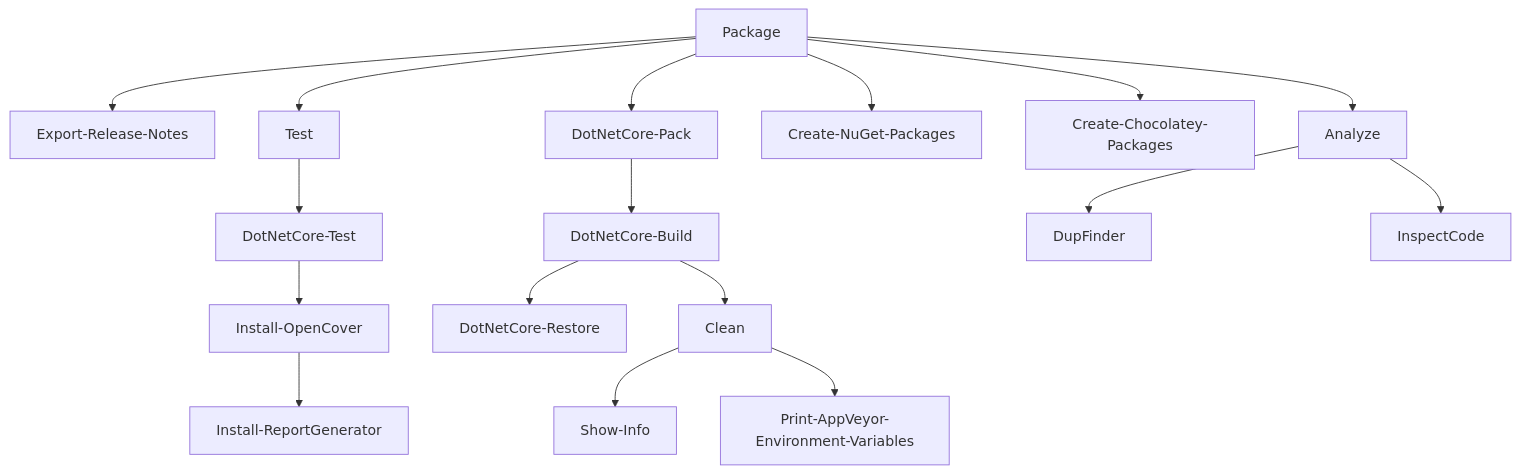
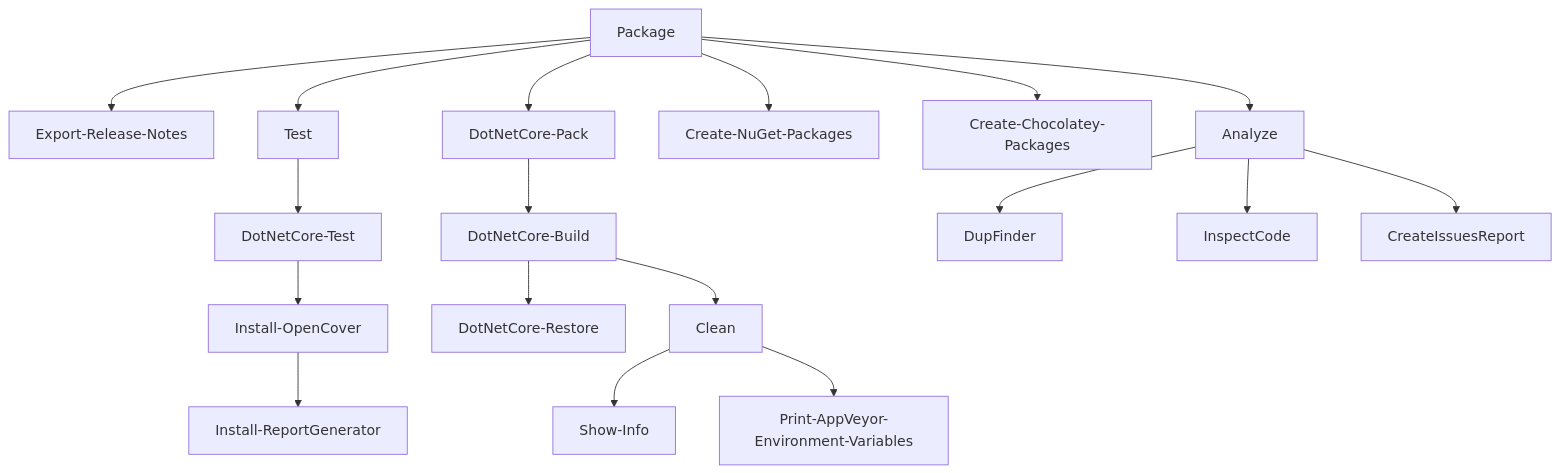
One commit to michalkowal/Cake.MkDocs changed the diagram in docs/input/tasks/Package.md. Above: the diagram before and after it, drawn with Mermaid. The commit also changed 25 other files, not shown here.

```diff
--- a/docs/input/tasks/Package.md
+++ b/docs/input/tasks/Package.md
@@ -1,19 +1,20 @@
 <div class="mermaid">
 graph TD;
 Package-->Export-Release-Notes;
 Package-->Analyze;
 Package-->Test;
 Package-->Create-NuGet-Packages;
 Package-->Create-Chocolatey-Packages;
 Package-->DotNetCore-Pack;
 DotNetCore-Pack-->DotNetCore-Build;
 DotNetCore-Build-->Clean;
 DotNetCore-Build-->DotNetCore-Restore;
 Clean-->Show-Info;
 Clean-->Print-AppVeyor-Environment-Variables;
 Test-->DotNetCore-Test;
 DotNetCore-Test-->Install-OpenCover;
 Install-OpenCover-->Install-ReportGenerator;
 Analyze-->DupFinder;
 Analyze-->InspectCode;
+Analyze-->CreateIssuesReport;
 </div>
```
